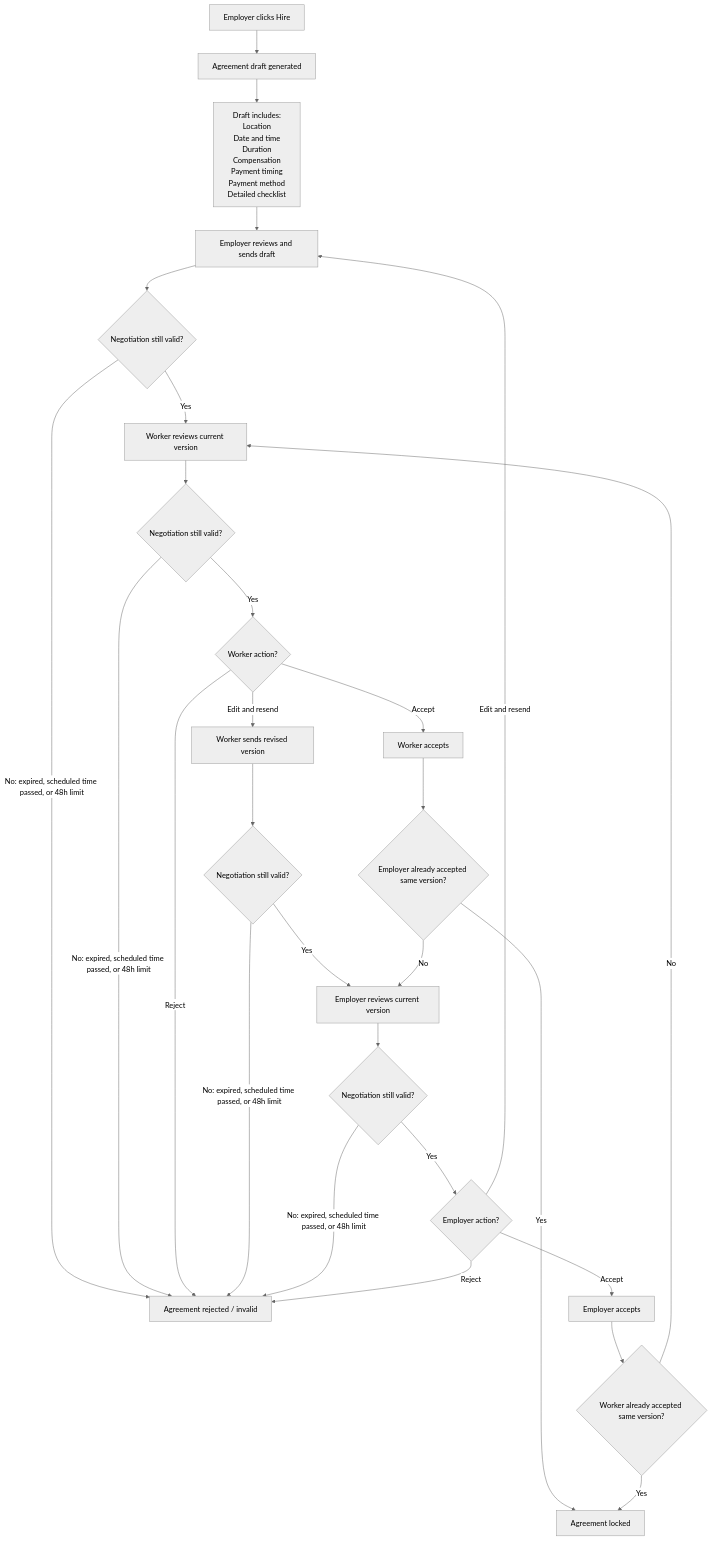
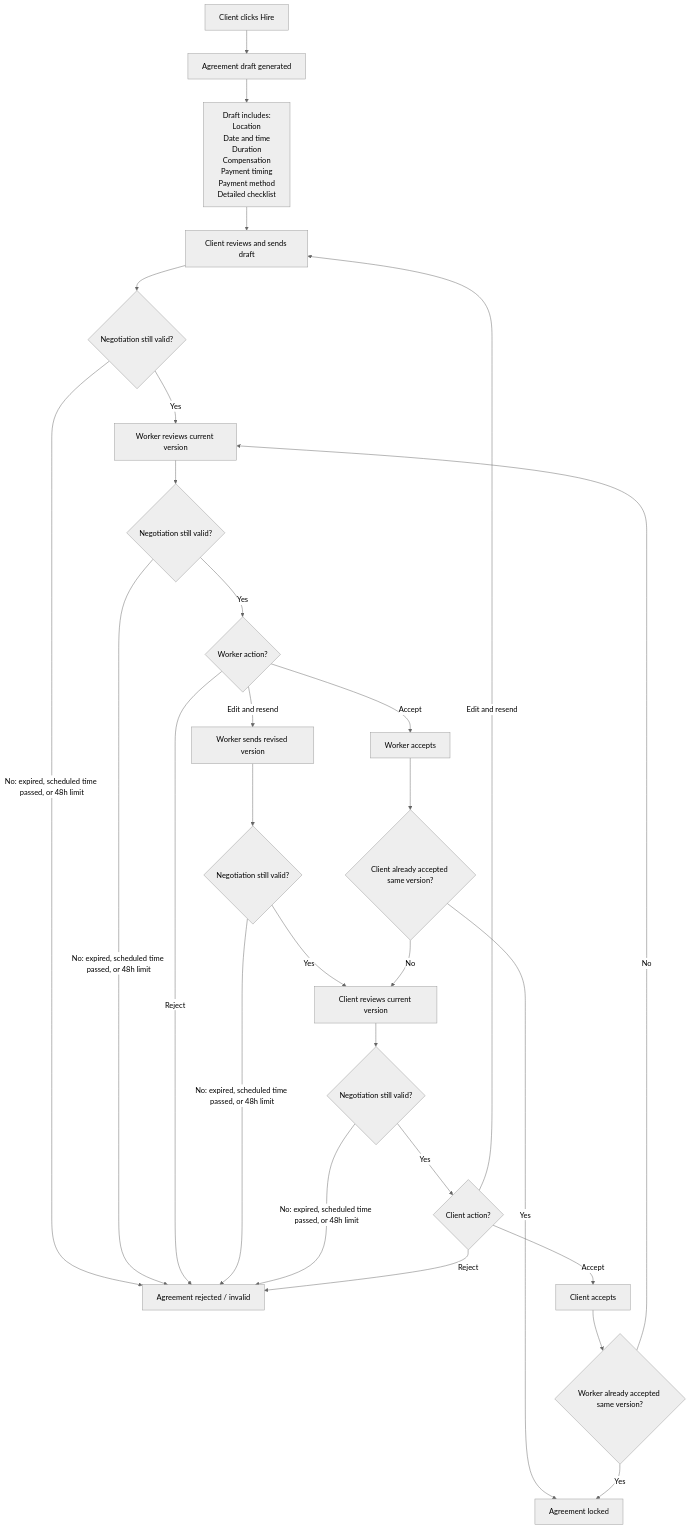
Before and after one commit to janiluuk/giggi: the diagram in docs/journeys/agreement-negotiation.md, drawn with Mermaid (neutral theme). The commit also changed other lines of this file and 13 other files, not shown here.

````diff
--- a/docs/journeys/agreement-negotiation.md
+++ b/docs/journeys/agreement-negotiation.md
@@ -5,39 +5,39 @@
 ```mermaid
 flowchart TD
-    A[Employer clicks Hire] --> B[Agreement draft generated]
+    A[Client clicks Hire] --> B[Agreement draft generated]
     B --> C["Draft includes:<br/>Location<br/>Date and time<br/>Duration<br/>Compensation<br/>Payment timing<br/>Payment method<br/>Detailed checklist"]
 
-    C --> D[Employer reviews and sends draft]
+    C --> D[Client reviews and sends draft]
     D --> TD{Negotiation still valid?}
     TD -->|"No: expired, scheduled time passed, or 48h limit"| X[Agreement rejected / invalid]
     TD -->|Yes| E[Worker reviews current version]
 
     E --> TE{Negotiation still valid?}
     TE -->|"No: expired, scheduled time passed, or 48h limit"| X
     TE -->|Yes| F{Worker action?}
 
     F -->|Accept| G[Worker accepts]
     F -->|Edit and resend| H[Worker sends revised version]
     F -->|Reject| X
 
     H --> TH{Negotiation still valid?}
     TH -->|"No: expired, scheduled time passed, or 48h limit"| X
-    TH -->|Yes| I[Employer reviews current version]
+    TH -->|Yes| I[Client reviews current version]
 
     I --> TI{Negotiation still valid?}
     TI -->|"No: expired, scheduled time passed, or 48h limit"| X
-    TI -->|Yes| J{Employer action?}
+    TI -->|Yes| J{Client action?}
 
-    J -->|Accept| K[Employer accepts]
+    J -->|Accept| K[Client accepts]
     J -->|Edit and resend| D
     J -->|Reject| X
 
-    G --> L{Employer already accepted same version?}
+    G --> L{Client already accepted same version?}
     K --> M{Worker already accepted same version?}
 
     L -->|Yes| N[Agreement locked]
     L -->|No| I
 
     M -->|Yes| N
     M -->|No| E
 ```
````
